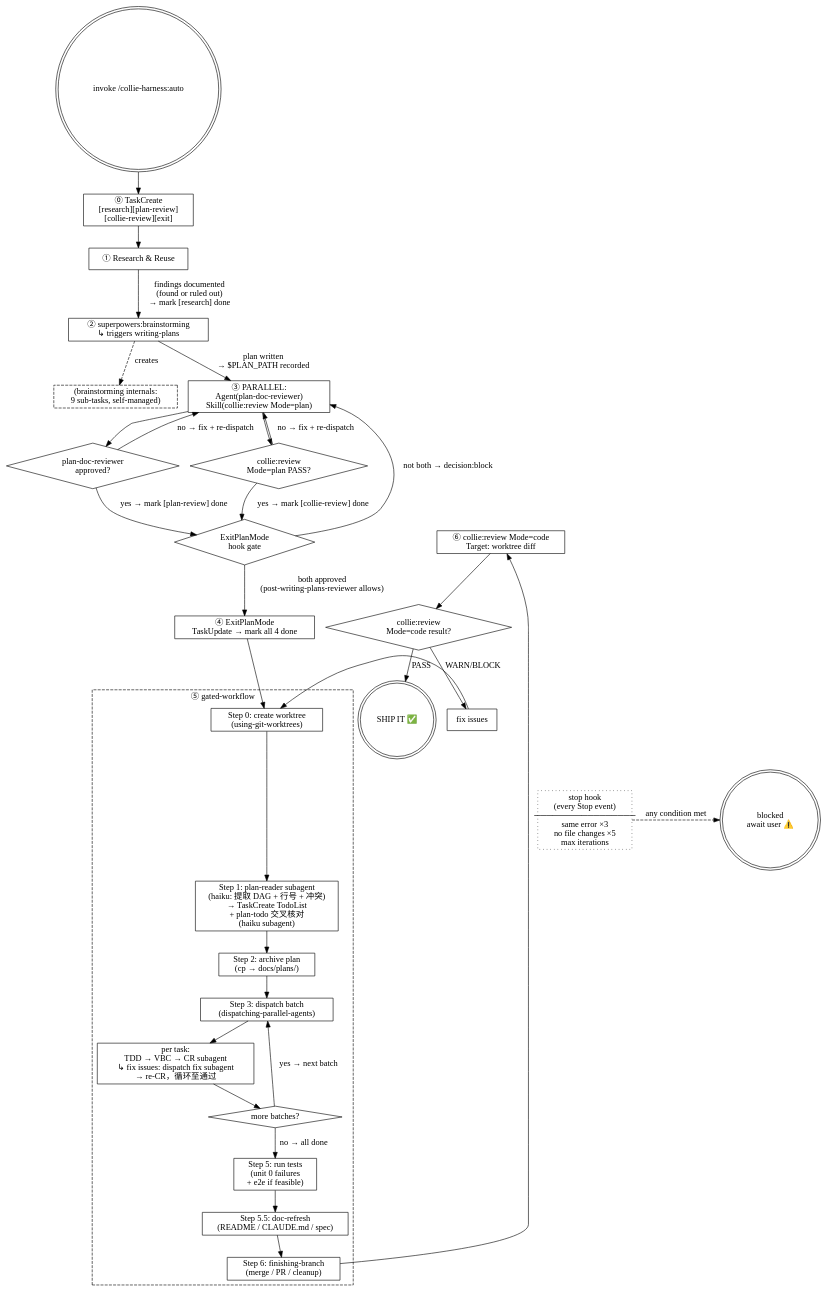
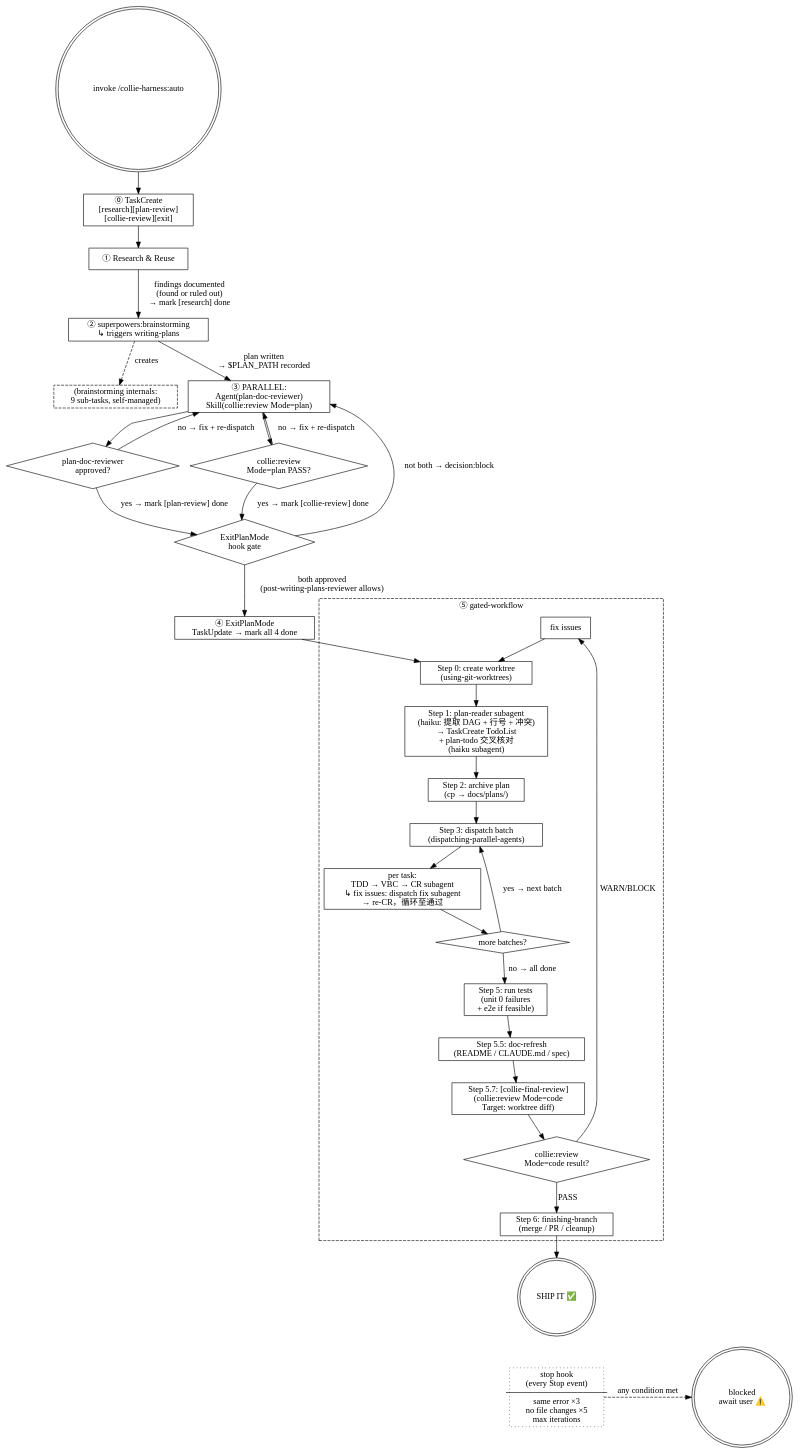
Before and after one commit to lkv1988/collie-harness: the diagram in docs/auto-state-machine-detailed.md, drawn with Graphviz. The commit also changed 1 other file, not shown here.

Commit message:
fix: CLAUDE.md Layer 2 + 状态机图 collie review 发现的文档矛盾
CLAUDE.md:36 'step ⑥' 更正为 '[collie-final-review] Step 5.7'；
docs/auto-state-machine-detailed.md 更新状态机图，
在 Step 5.5 和 Step 6 之间插入 Step 5.7 [collie-final-review]，
删除原 Step ⑥ 节点（collie:review 在 finish 之后调用已是错误流程）。

per CR feedback — collie-final-review WARN fix

Refs: docs/plans/2026-04-20-impact-assessment-and-pre-merge-collie-review-plan.md

```diff
--- a/docs/auto-state-machine-detailed.md
+++ b/docs/auto-state-machine-detailed.md
@@ -11,7 +11,6 @@
     "plan-doc-reviewer\napproved?"         [shape=diamond];
     "collie:review\nMode=plan PASS?"       [shape=diamond];
     "ExitPlanMode\nhook gate"              [shape=diamond];
-    "collie:review\nMode=code result?"     [shape=diamond];
     "stop hook\n(every Stop event)\n─────────────────\nsame error ×3\nno file changes ×5\nmax iterations" [shape=box, style=dotted];
 
     // ── Process nodes ────────────────────────────────────────────
@@ -22,7 +21,6 @@
     "③ PARALLEL:\nAgent(plan-doc-reviewer)\nSkill(collie:review Mode=plan)" [shape=box];
     "④ ExitPlanMode\nTaskUpdate → mark all 4 done"                 [shape=box];
     // gated-workflow 节点已展开为 cluster，见下方 subgraph
-    "⑥ collie:review Mode=code\nTarget: worktree diff"             [shape=box];
     "fix issues"                                                    [shape=box];
 
     // ── Main flow ────────────────────────────────────────────────
@@ -88,21 +86,19 @@
         GW_MORE  [shape=diamond, label="more batches?"];
         GW5      [shape=box, label="Step 5: run tests\n(unit 0 failures\n+ e2e if feasible)"];
         GW55     [shape=box, label="Step 5.5: doc-refresh\n(README / CLAUDE.md / spec)"];
+        GW57     [shape=box, label="Step 5.7: [collie-final-review]\n(collie:review Mode=code\nTarget: worktree diff)"];
+        GW57_gate [shape=diamond, label="collie:review\nMode=code result?"];
         GW7      [shape=box, label="Step 6: finishing-branch\n(merge / PR / cleanup)"];
 
         GW_START -> GW1 -> GW2 -> GW3 -> GW4 -> GW_MORE;
         GW_MORE  -> GW3  [label="yes → next batch"];
         GW_MORE  -> GW5  [label="no → all done"];
-        GW5 -> GW55 -> GW7;
+        GW5 -> GW55 -> GW57 -> GW57_gate;
+        GW57_gate -> GW7      [label="PASS"];
+        GW57_gate -> "fix issues" [label="WARN/BLOCK"];
     }
 
-    GW7 -> "⑥ collie:review Mode=code\nTarget: worktree diff";
-
-    "⑥ collie:review Mode=code\nTarget: worktree diff"
-        -> "collie:review\nMode=code result?";
-
-    "collie:review\nMode=code result?" -> "SHIP IT ✅" [label="PASS"];
-    "collie:review\nMode=code result?" -> "fix issues"  [label="WARN/BLOCK"];
+    GW7 -> "SHIP IT ✅";
     "fix issues" -> GW_START;
 
     // ── Stop hook side channel ────────────────────────────────────
```
